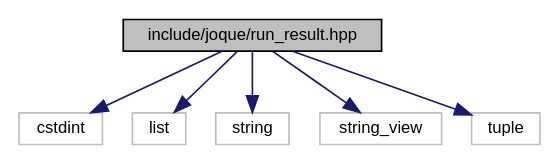
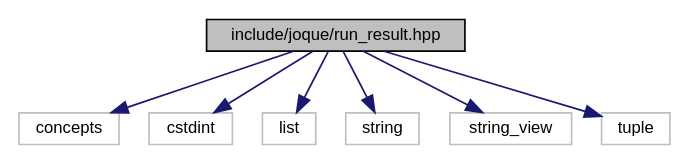
Before and after one commit to koniarik/joque: the diagram in run__result_8hpp__incl.dot, drawn with Graphviz. The commit also changed 135 other files, not shown here.

```diff
--- a/run__result_8hpp__incl.dot
+++ b/run__result_8hpp__incl.dot
@@ -1,17 +1,19 @@
 digraph "include/joque/run_result.hpp"
 {
  // LATEX_PDF_SIZE
   edge [fontname="Helvetica",fontsize="10",labelfontname="Helvetica",labelfontsize="10"];
   node [fontname="Helvetica",fontsize="10",shape=record];
   Node1 [label="include/joque/run_result.hpp",height=0.2,width=0.4,color="black", fillcolor="grey75", style="filled", fontcolor="black",tooltip=" "];
   Node1 -> Node2 [color="midnightblue",fontsize="10",style="solid",fontname="Helvetica"];
-  Node2 [label="cstdint",height=0.2,width=0.4,color="grey75", fillcolor="white", style="filled",tooltip=" "];
+  Node2 [label="concepts",height=0.2,width=0.4,color="grey75", fillcolor="white", style="filled",tooltip=" "];
   Node1 -> Node3 [color="midnightblue",fontsize="10",style="solid",fontname="Helvetica"];
-  Node3 [label="list",height=0.2,width=0.4,color="grey75", fillcolor="white", style="filled",tooltip=" "];
+  Node3 [label="cstdint",height=0.2,width=0.4,color="grey75", fillcolor="white", style="filled",tooltip=" "];
   Node1 -> Node4 [color="midnightblue",fontsize="10",style="solid",fontname="Helvetica"];
-  Node4 [label="string",height=0.2,width=0.4,color="grey75", fillcolor="white", style="filled",tooltip=" "];
+  Node4 [label="list",height=0.2,width=0.4,color="grey75", fillcolor="white", style="filled",tooltip=" "];
   Node1 -> Node5 [color="midnightblue",fontsize="10",style="solid",fontname="Helvetica"];
-  Node5 [label="string_view",height=0.2,width=0.4,color="grey75", fillcolor="white", style="filled",tooltip=" "];
+  Node5 [label="string",height=0.2,width=0.4,color="grey75", fillcolor="white", style="filled",tooltip=" "];
   Node1 -> Node6 [color="midnightblue",fontsize="10",style="solid",fontname="Helvetica"];
-  Node6 [label="tuple",height=0.2,width=0.4,color="grey75", fillcolor="white", style="filled",tooltip=" "];
+  Node6 [label="string_view",height=0.2,width=0.4,color="grey75", fillcolor="white", style="filled",tooltip=" "];
+  Node1 -> Node7 [color="midnightblue",fontsize="10",style="solid",fontname="Helvetica"];
+  Node7 [label="tuple",height=0.2,width=0.4,color="grey75", fillcolor="white", style="filled",tooltip=" "];
 }
```
